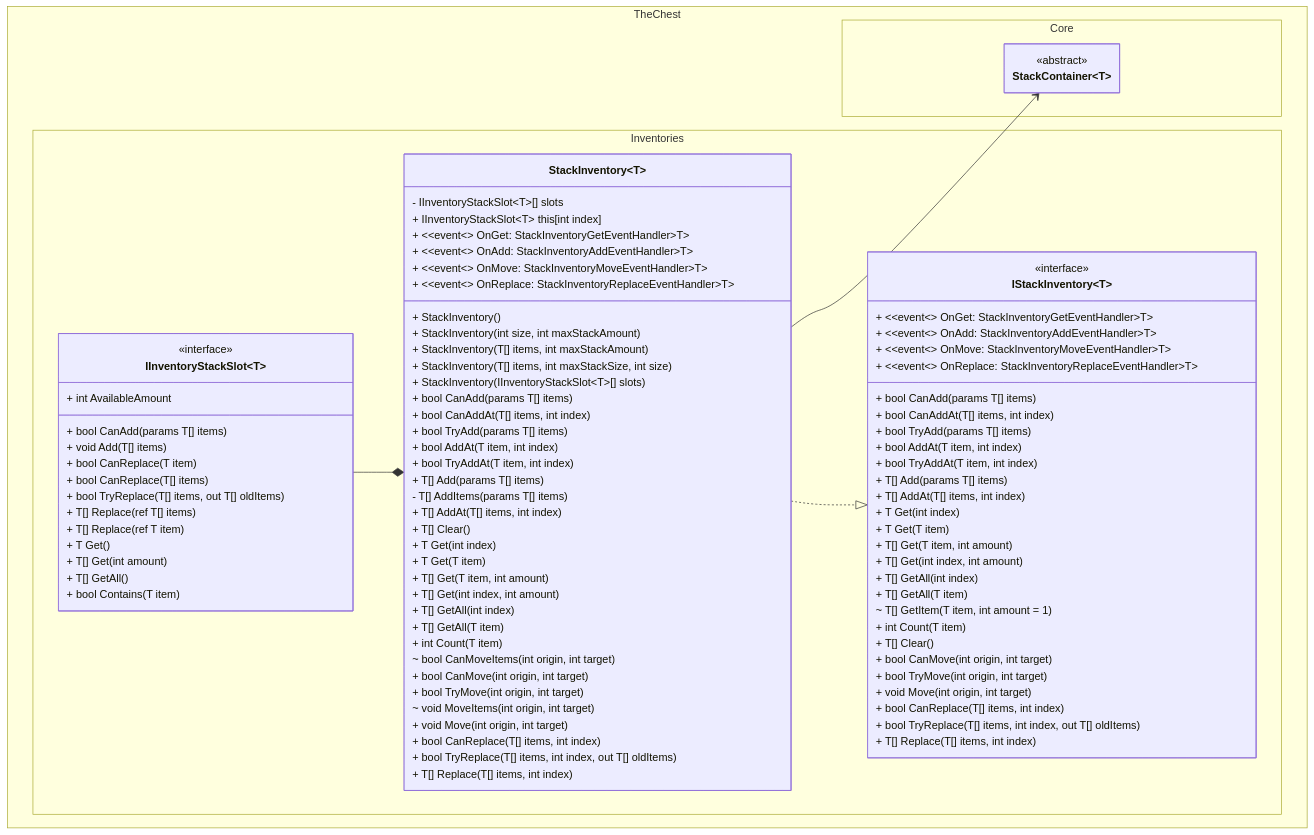
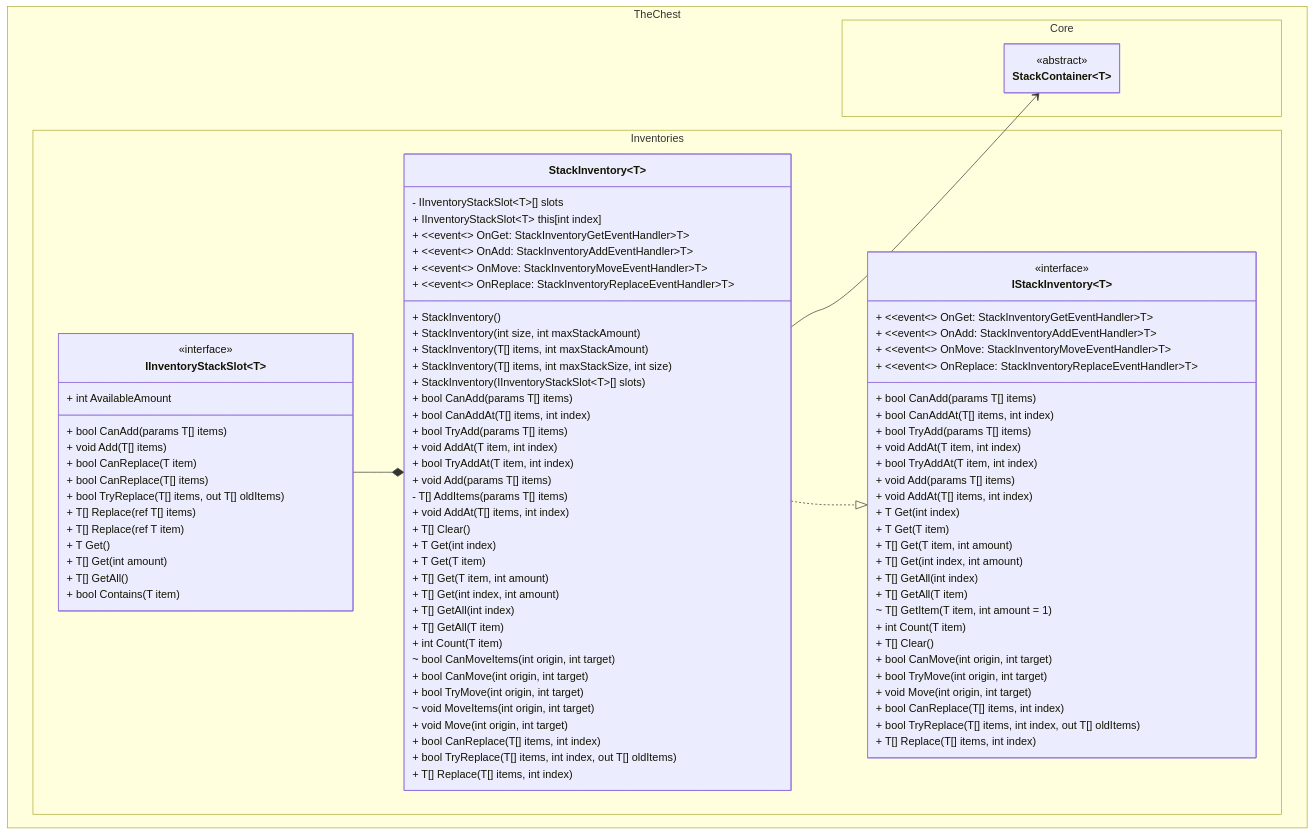
Before and after one commit to The-Chest/TheChest.Inventories: the first of 2 diagrams in docs/stack_inventory/class_diagram.md, drawn with Mermaid. The commit also changed 17 other files, not shown here.

```diff
--- a/docs/stack_inventory/class_diagram.md
+++ b/docs/stack_inventory/class_diagram.md
@@ -36,11 +36,11 @@
 	        + bool CanAddAt(T[] items, int index)
 
             + bool TryAdd(params T[] items)
-            + bool AddAt(T item, int index)
+            + void AddAt(T item, int index)
             + bool TryAddAt(T item, int index)
-            + T[] Add(params T[] items)
+            + void Add(params T[] items)
             - T[] AddItems(params T[] items)
-            + T[] AddAt(T[] items, int index)
+            + void AddAt(T[] items, int index)
 
             + T[] Clear()
 
@@ -93,10 +93,10 @@
 	        + bool CanAddAt(T[] items, int index)
 
             + bool TryAdd(params T[] items)
-            + bool AddAt(T item, int index)
+            + void AddAt(T item, int index)
             + bool TryAddAt(T item, int index)
-            + T[] Add(params T[] items)
-            + T[] AddAt(T[] items, int index)
+            + void Add(params T[] items)
+            + void AddAt(T[] items, int index)
 
             + T Get(int index)
             + T Get(T item)
```
